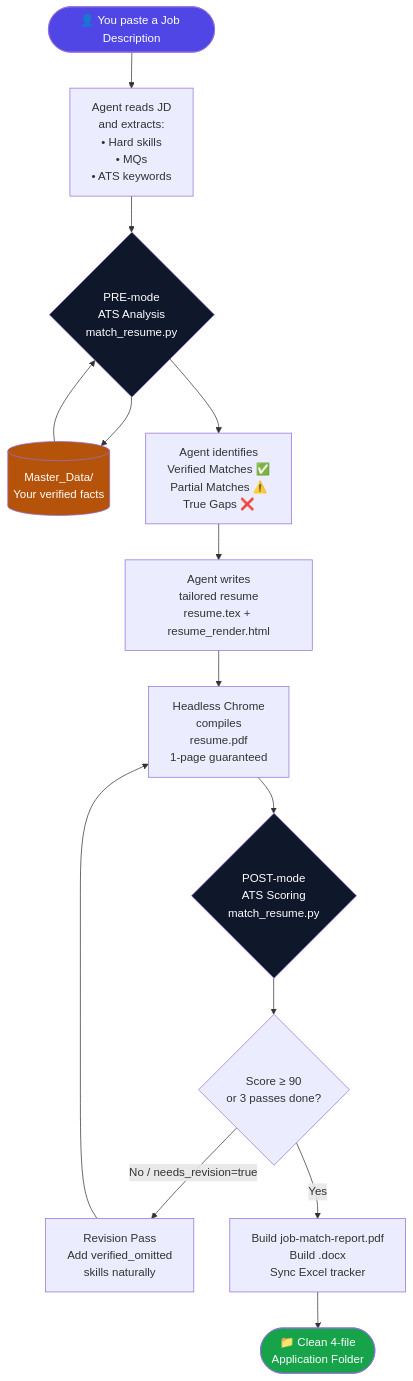
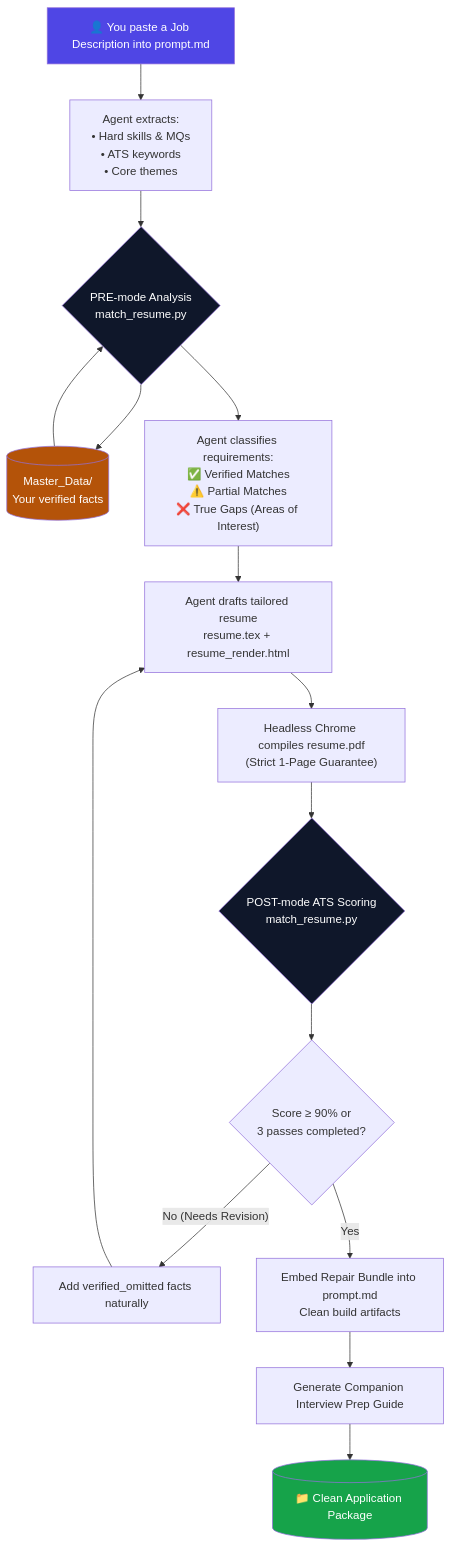
One commit to CoderShubhamMate/agentic-resume-engine changed the first of 2 diagrams in README.md. Above: the diagram before and after it, drawn with Mermaid. The commit also changed other lines of this file and 1 other file, not shown here.

First line of the commit message:
docs: comprehensive README overhaul with visual flowcharts and setup.py wizard

````diff
--- a/README.md
+++ b/README.md
@@ -11,22 +32,23 @@
 ```mermaid
 flowchart TD
-    A([👤 You paste a Job Description]) --> B[Agent reads JD\nand extracts:\n• Hard skills\n• MQs\n• ATS keywords]
-    B --> C{PRE-mode\nATS Analysis\nmatch_resume.py}
-    C --> D[(Master_Data/\nYour verified facts)]
+    A["👤 You paste a Job Description into prompt.md"] --> B["Agent extracts:\n• Hard skills & MQs\n• ATS keywords\n• Core themes"]
+    B --> C{"PRE-mode Analysis\nmatch_resume.py"}
+    C --> D[("Master_Data/\nYour verified facts")]
     D --> C
-    C --> E[Agent identifies\nVerified Matches ✅\nPartial Matches ⚠️\nTrue Gaps ❌]
-    E --> F[Agent writes\ntailored resume\nresume.tex + resume_render.html]
-    F --> G[Headless Chrome\ncompiles\nresume.pdf\n1-page guaranteed]
-    G --> H{POST-mode\nATS Scoring\nmatch_resume.py}
-    H --> I{Score ≥ 90\nor 3 passes done?}
-    I -- No / needs_revision=true --> J[Revision Pass\nAdd verified_omitted\nskills naturally]
-    J --> G
-    I -- Yes --> K[Build job-match-report.pdf\nBuild .docx\nSync Excel tracker]
-    K --> L([📁 Clean 4-file\nApplication Folder])
+    C --> E["Agent classifies requirements:\n✅ Verified Matches\n⚠️ Partial Matches\n❌ True Gaps (Areas of Interest)"]
+    E --> F["Agent drafts tailored resume\nresume.tex + resume_render.html"]
+    F --> G["Headless Chrome compiles resume.pdf\n(Strict 1-Page Guarantee)"]
+    G --> H{"POST-mode ATS Scoring\nmatch_resume.py"}
+    H --> I{"Score ≥ 90% or\n3 passes completed?"}
+    I -- "No (Needs Revision)" --> J["Add verified_omitted facts naturally"]
+    J --> F
+    I -- "Yes" --> K["Embed Repair Bundle into prompt.md\nClean build artifacts"]
+    K --> L["Generate Companion Interview Prep Guide"]
+    L --> M[("📁 Clean Application Package")]
 
     style A fill:#4f46e5,color:#fff
-    style L fill:#16a34a,color:#fff
+    style M fill:#16a34a,color:#fff
     style D fill:#b45309,color:#fff
     style C fill:#0f172a,color:#fff
     style H fill:#0f172a,color:#fff
 ```
````
